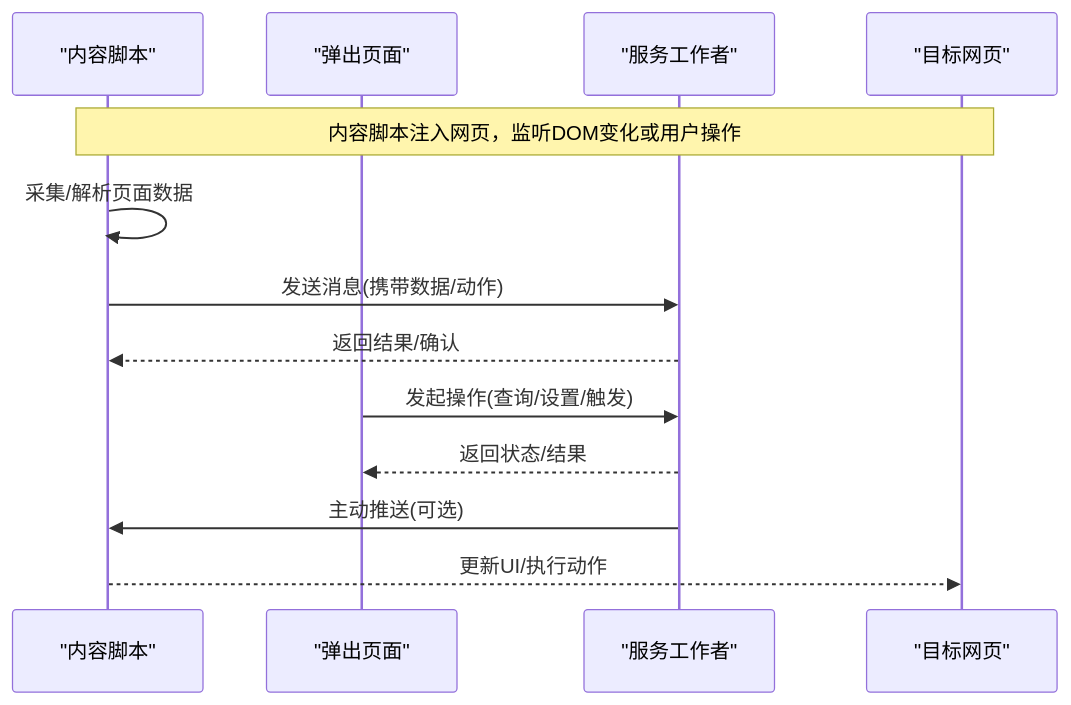
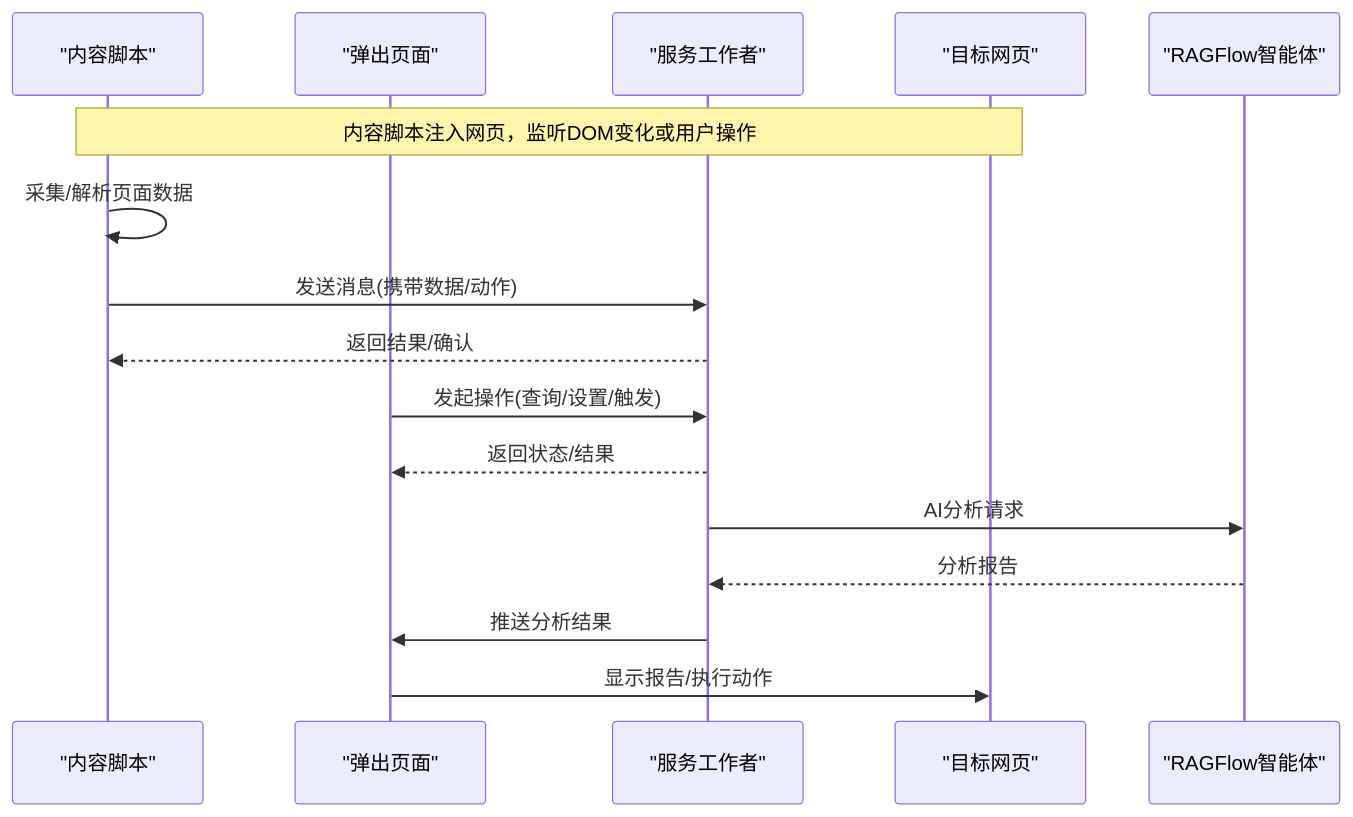
The second of 6 diagrams in .qoder/repowiki/zh/content/浏览器扩展/浏览器扩展.md (iljahofbauer219-lang/yandu), drawn with Mermaid before and after one commit. The commit also changed other lines of this file and 3071 other files, not shown here.

````diff
--- a/.qoder/repowiki/zh/content/浏览器扩展/浏览器扩展.md
+++ b/.qoder/repowiki/zh/content/浏览器扩展/浏览器扩展.md
@@ -80,15 +90,18 @@
 ```mermaid
 sequenceDiagram
 participant CS as "内容脚本"
 participant POP as "弹出页面"
 participant SW as "服务工作者"
 participant WEB as "目标网页"
+participant RAG as "RAGFlow智能体"
 Note over CS,WEB : 内容脚本注入网页，监听DOM变化或用户操作
 CS->>CS : 采集/解析页面数据
 CS->>SW : 发送消息(携带数据/动作)
 SW-->>CS : 返回结果/确认
 POP->>SW : 发起操作(查询/设置/触发)
 SW-->>POP : 返回状态/结果
-SW->>CS : 主动推送(可选)
-CS-->>WEB : 更新UI/执行动作
+SW->>RAG : AI分析请求
+RAG-->>SW : 分析报告
+SW->>POP : 推送分析结果
+POP->>WEB : 显示报告/执行动作
 ```
````
